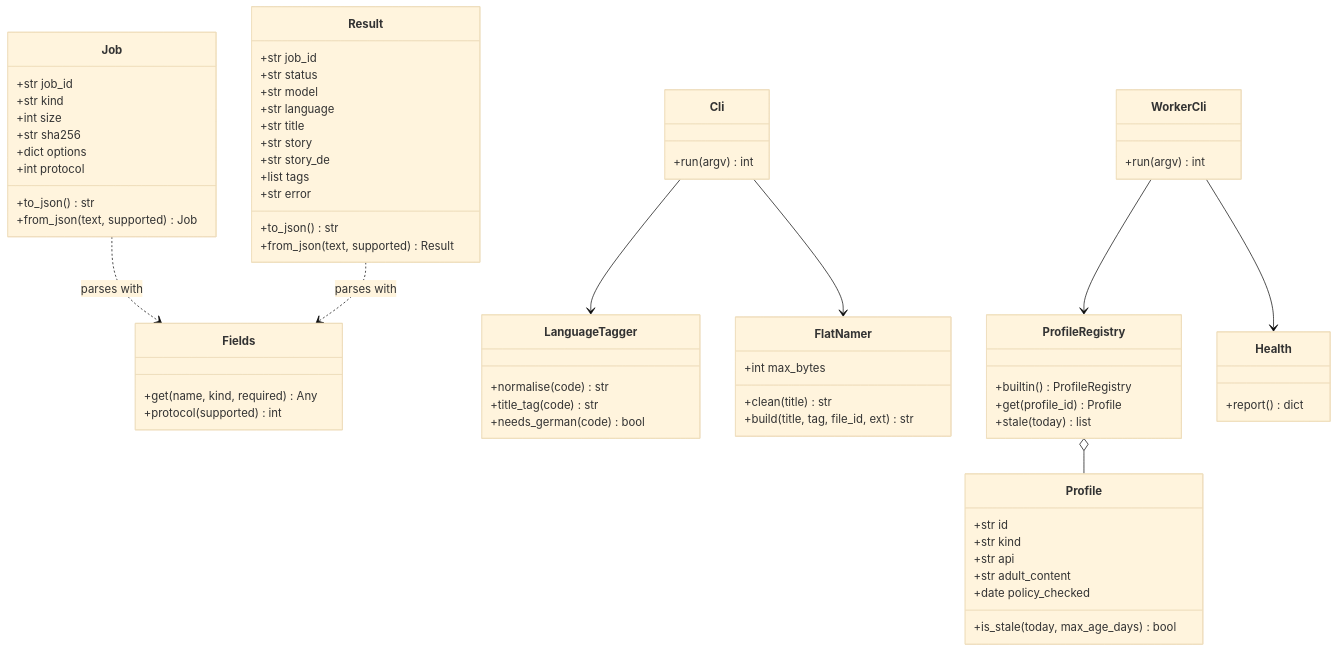
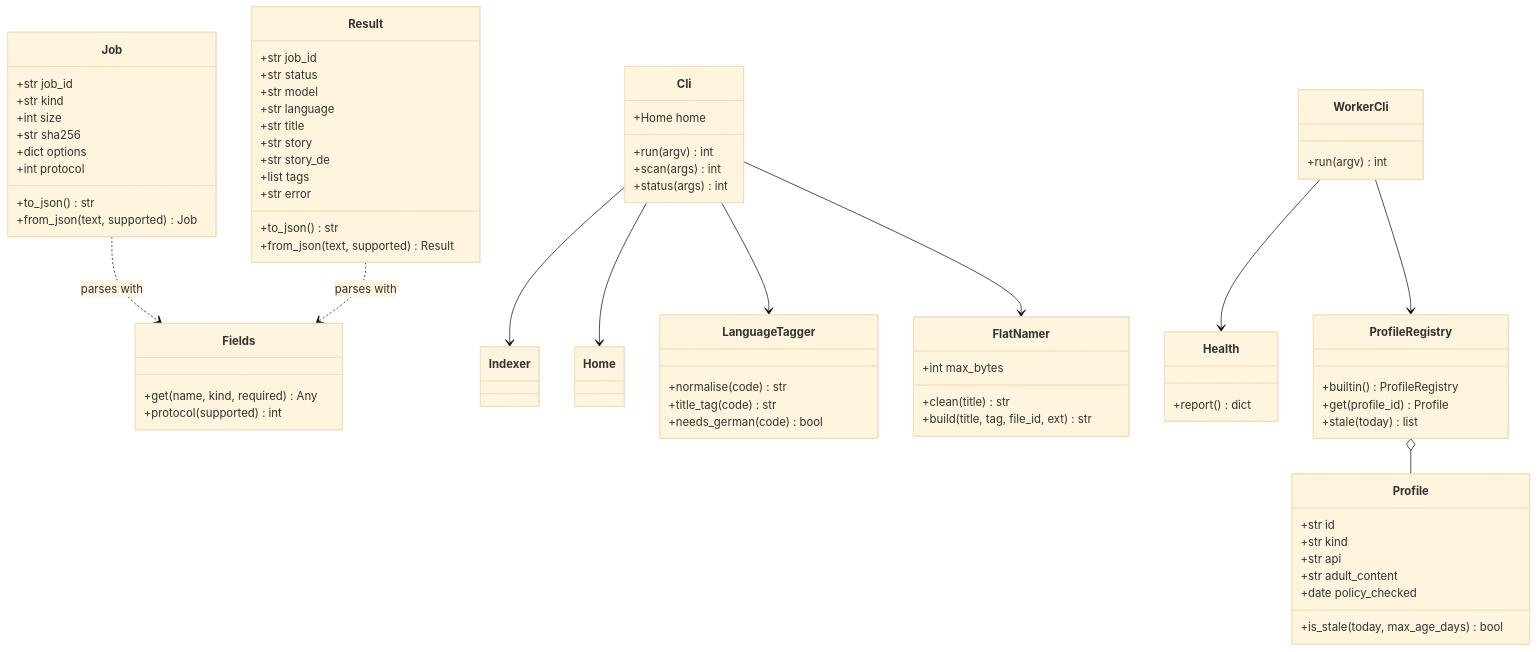
One commit to peddanet/filetag changed the second of 6 diagrams in docs/developer.md. Above: the diagram before and after it, drawn with Mermaid (base theme). The commit also changed other lines of this file and 13 other files, not shown here.

First line of the commit message:
Add filetag scan and status with SQLite database

```diff
--- a/docs/developer.md
+++ b/docs/developer.md
@@ -20,69 +20,74 @@
 ~~~mermaid
 classDiagram
   class Job {
     +str job_id
     +str kind
     +int size
     +str sha256
     +dict options
     +int protocol
     +to_json() str
     +from_json(text, supported) Job
   }
   class Result {
     +str job_id
     +str status
     +str model
     +str language
     +str title
     +str story
     +str story_de
     +list tags
     +str error
     +to_json() str
     +from_json(text, supported) Result
   }
   class Fields {
     +get(name, kind, required) Any
     +protocol(supported) int
   }
   class LanguageTagger {
     +normalise(code) str
     +title_tag(code) str
     +needs_german(code) bool
   }
   class FlatNamer {
     +int max_bytes
     +clean(title) str
     +build(title, tag, file_id, ext) str
   }
   class Cli {
+    +Home home
     +run(argv) int
+    +scan(args) int
+    +status(args) int
   }
   class Profile {
     +str id
     +str kind
     +str api
     +str adult_content
     +date policy_checked
     +is_stale(today, max_age_days) bool
   }
   class ProfileRegistry {
     +builtin() ProfileRegistry
     +get(profile_id) Profile
     +stale(today) list
   }
   class Health {
     +report() dict
   }
   class WorkerCli {
     +run(argv) int
   }
   Job ..> Fields : parses with
+  Cli --> Indexer
+  Cli --> Home
   Result ..> Fields : parses with
   Cli --> LanguageTagger
   Cli --> FlatNamer
   ProfileRegistry o-- Profile
   WorkerCli --> Health
   WorkerCli --> ProfileRegistry
 ~~~
```
